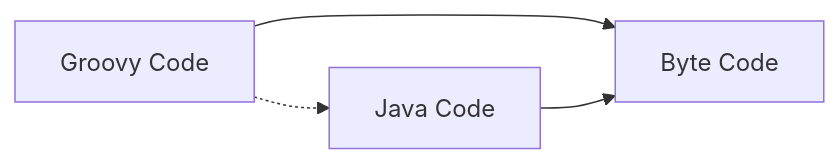
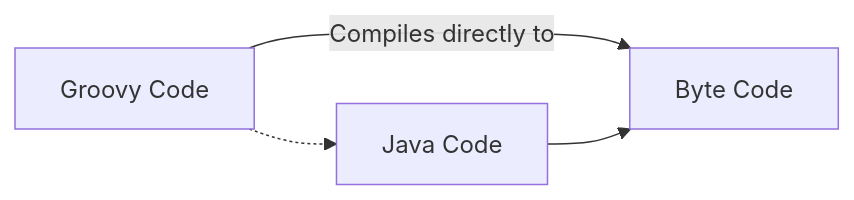
One commit to aayvyas/gradle-groovy changed the diagram in README.md. Above: the diagram before and after it, drawn with Mermaid. The commit also changed other lines of this file and 8 other files, not shown here.

````diff
--- a/README.md
+++ b/README.md
@@ -74,6 +74,7 @@
 ```mermaid
 flowchart LR
-A[Groovy Code] --> B[Byte Code]
+A[Groovy Code] --"Compiles directly to"--> B[Byte Code]
 C[Java Code] --> B
 A -.-> C
+B
 ```
````
